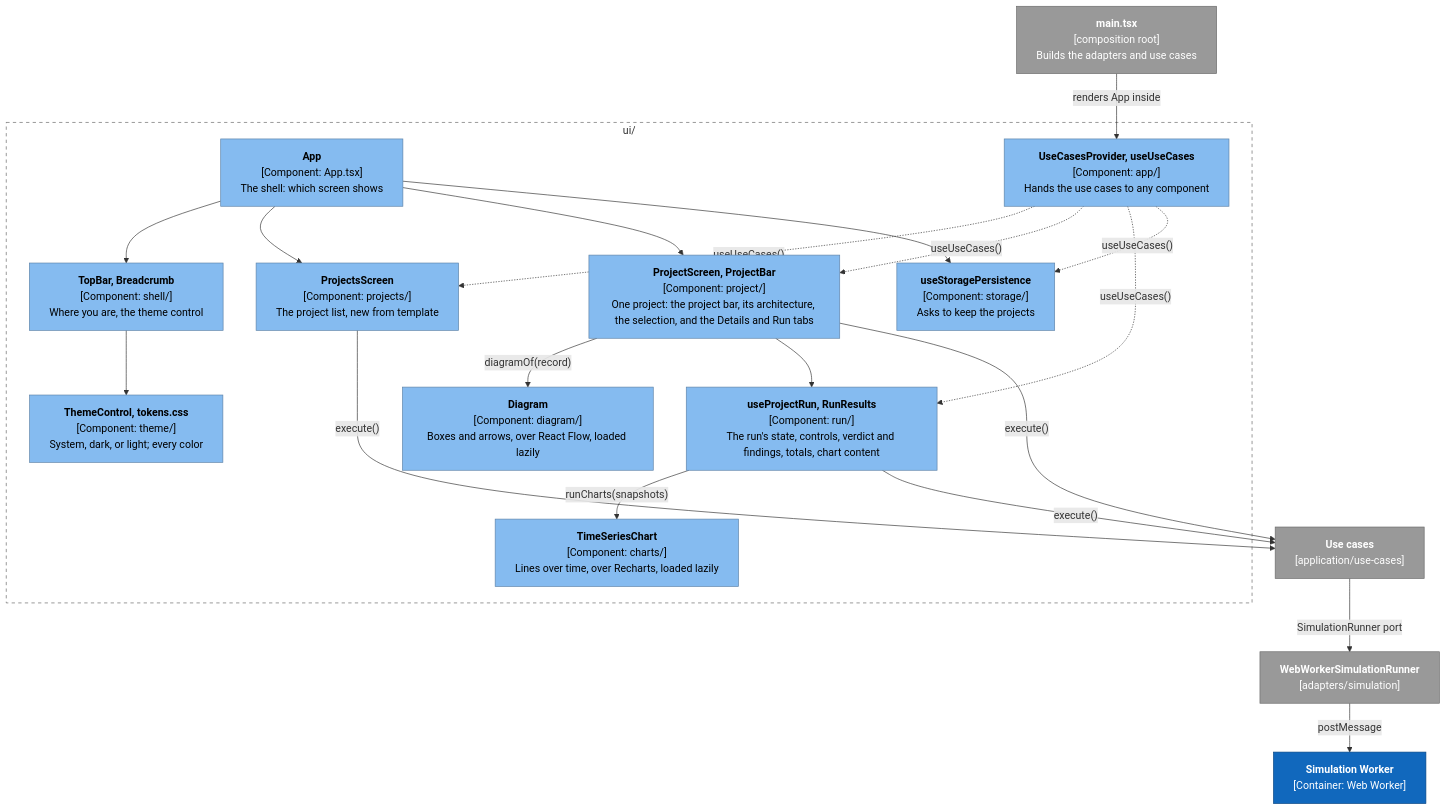
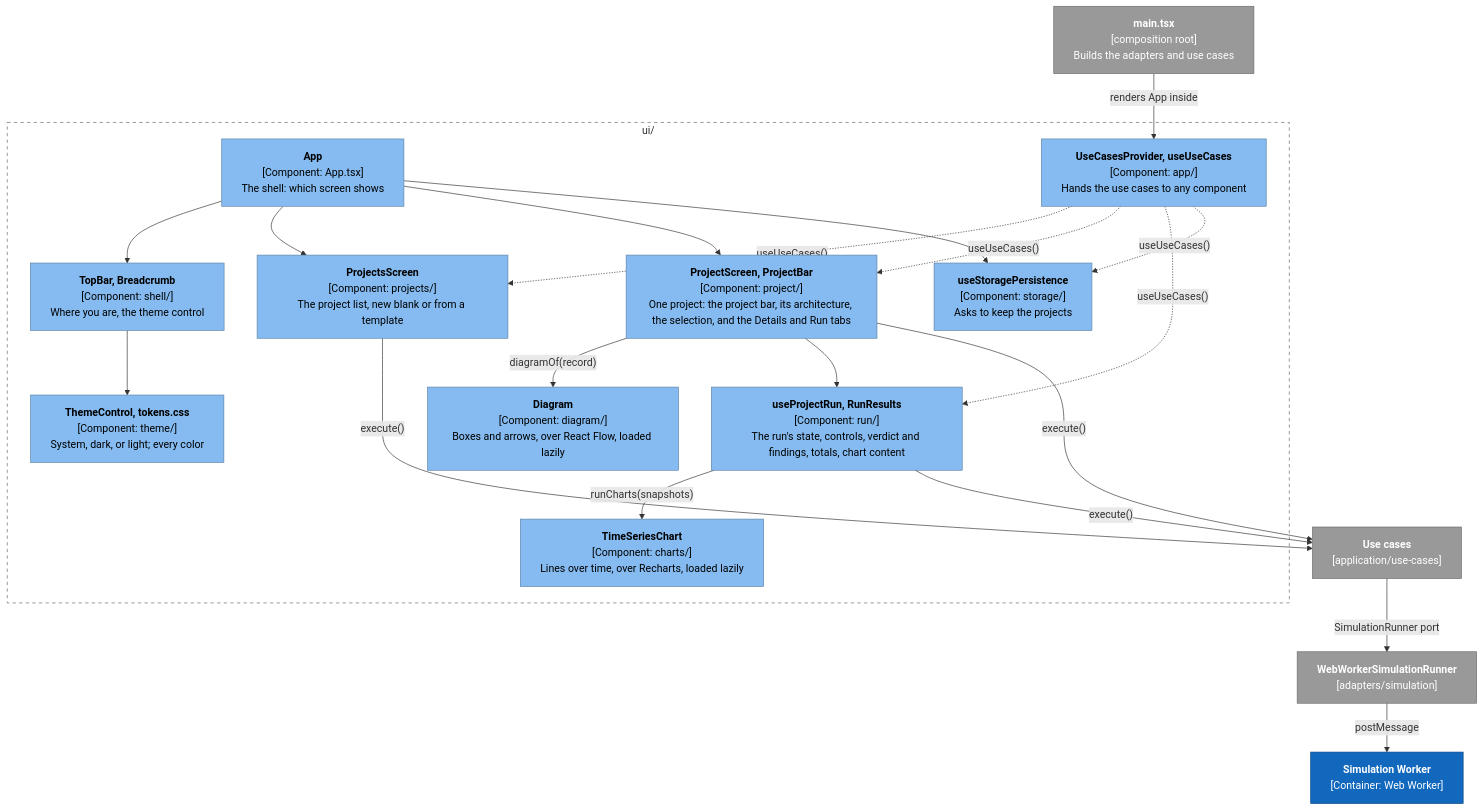
Before and after one commit to alanbickel/wind-tunnel: the first of 3 diagrams in docs/architecture/user-interface.md, drawn with Mermaid. The commit also changed other lines of this file and 25 other files, not shown here.

Commit message:
feat: start a blank project (#114)

````diff
--- a/docs/architecture/user-interface.md
+++ b/docs/architecture/user-interface.md
@@ -11,36 +11,36 @@
 ```mermaid
 %%{init: {"flowchart": {"wrappingWidth": 320}}}%%
 flowchart TB
     main["<b>main.tsx</b><br/>[composition root]<br/>Builds the adapters and use cases"]:::external
     subgraph ui["ui/"]
         app["<b>App</b><br/>[Component: App.tsx]<br/>The shell: which screen shows"]:::component
         shell["<b>TopBar, Breadcrumb</b><br/>[Component: shell/]<br/>Where you are, the theme control"]:::component
         provider["<b>UseCasesProvider, useUseCases</b><br/>[Component: app/]<br/>Hands the use cases to any component"]:::component
-        projects["<b>ProjectsScreen</b><br/>[Component: projects/]<br/>The project list, new from template"]:::component
+        projects["<b>ProjectsScreen</b><br/>[Component: projects/]<br/>The project list, new blank or from a template"]:::component
         project["<b>ProjectScreen, ProjectBar</b><br/>[Component: project/]<br/>One project: the project bar, its architecture, the selection, and the Details and Run tabs"]:::component
         run["<b>useProjectRun, RunResults</b><br/>[Component: run/]<br/>The run's state, controls, verdict and findings, totals, chart content"]:::component
         storage["<b>useStoragePersistence</b><br/>[Component: storage/]<br/>Asks to keep the projects"]:::component
         theme["<b>ThemeControl, tokens.css</b><br/>[Component: theme/]<br/>System, dark, or light; every color"]:::component
         diagram["<b>Diagram</b><br/>[Component: diagram/]<br/>Boxes and arrows, over React Flow, loaded lazily"]:::component
         charts["<b>TimeSeriesChart</b><br/>[Component: charts/]<br/>Lines over time, over Recharts, loaded lazily"]:::component
     end
     uc["<b>Use cases</b><br/>[application/use-cases]"]:::external
     runner["<b>WebWorkerSimulationRunner</b><br/>[adapters/simulation]"]:::external
     worker["<b>Simulation Worker</b><br/>[Container: Web Worker]"]:::system
     main -->|"renders App inside"| provider
     provider -.->|"useUseCases()"| projects & project & run & storage
     app --> shell & projects & project & storage
     shell --> theme
     project -->|"diagramOf(record)"| diagram
     project --> run
     run -->|"runCharts(snapshots)"| charts
     projects & project & run -->|"execute()"| uc
     uc -->|"SimulationRunner port"| runner
     runner -->|"postMessage"| worker
     style ui fill:none,stroke:#666,stroke-dasharray:5 5
     classDef person fill:#08427b,stroke:#052e56,color:#fff
     classDef system fill:#1168bd,stroke:#0b4884,color:#fff
     classDef component fill:#85bbf0,stroke:#5d82a8,color:#000
     classDef external fill:#999,stroke:#6b6b6b,color:#fff
     classDef planned fill:#fff,stroke:#1168bd,color:#1168bd,stroke-dasharray:5 5
 ```
````
